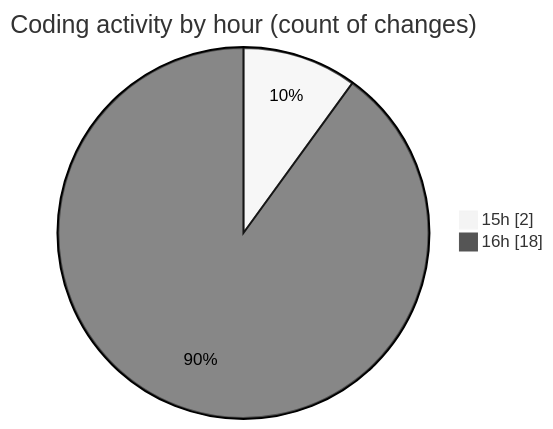
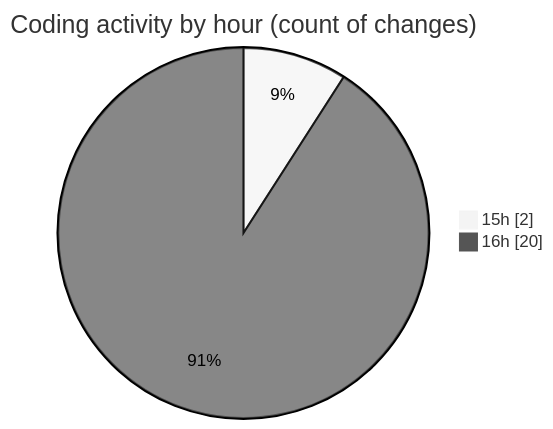
The second of 2 diagrams in 2025-08-09/nxtqube_webapp/README.md (nxtqubesakshisongat/code-tracking), drawn with Mermaid (neutral theme) before and after one commit. The commit also changed other lines of this file and 1 other file, not shown here.

````diff
--- a/2025-08-09/nxtqube_webapp/README.md
+++ b/2025-08-09/nxtqube_webapp/README.md
@@ -28,6 +28,6 @@
 ```mermaid
 pie showData
 title Coding activity by hour (count of changes)
 "15h" : 2
-"16h" : 18
+"16h" : 20
 ```
````
